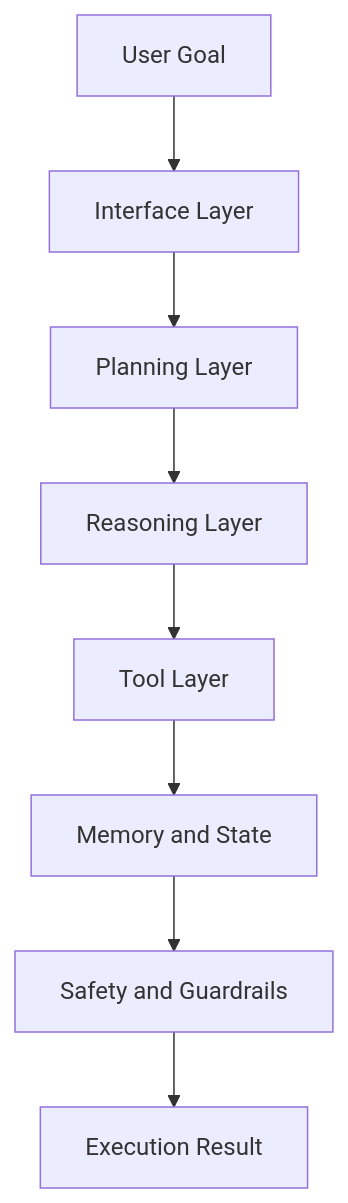
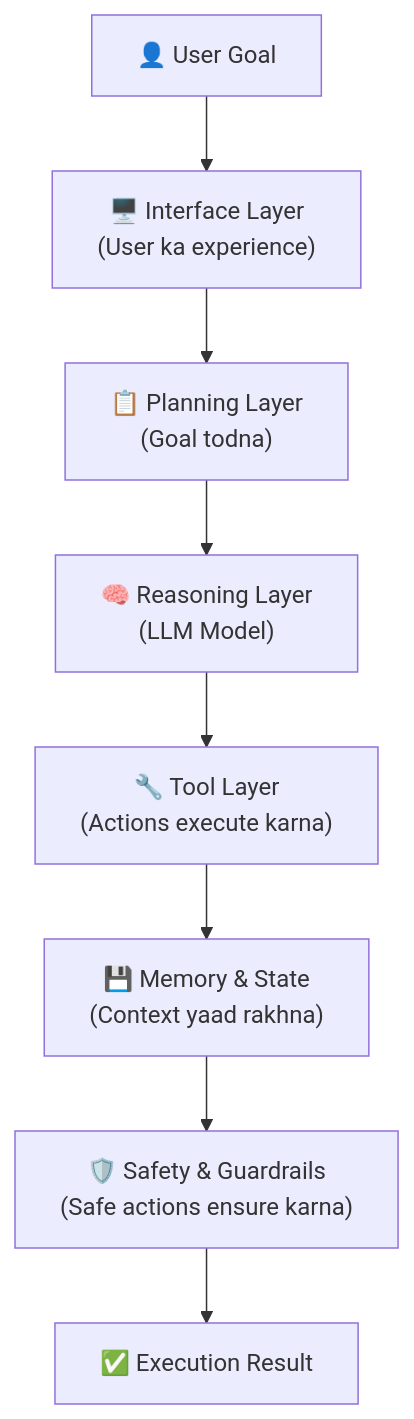
Before and after one commit to Sameer-Malik20/SusaGPT-Build-LLM-From-Scratch-With-Hinglish-Learning-Material: diagram 11 of 15 in docs/ai/Agentic_AI_Guide.md, drawn with Mermaid. The commit also changed other lines of this file and 10 other files, not shown here.

````diff
--- a/docs/ai/Agentic_AI_Guide.md
+++ b/docs/ai/Agentic_AI_Guide.md
@@ -232,11 +268,11 @@
 ```mermaid
 flowchart TD
-    A[User Goal]
-    A --> B[Interface Layer]
-    B --> C[Planning Layer]
-    C --> D[Reasoning Layer]
-    D --> E[Tool Layer]
-    E --> F[Memory and State]
-    F --> G[Safety and Guardrails]
-    G --> H[Execution Result]
+    U["👤 User Goal"]
+    U --> IL["🖥️ Interface Layer\n(User ka experience)"]
+    IL --> PL["📋 Planning Layer\n(Goal todna)"]
+    PL --> RL["🧠 Reasoning Layer\n(LLM Model)"]
+    RL --> TL["🔧 Tool Layer\n(Actions execute karna)"]
+    TL --> ML["💾 Memory & State\n(Context yaad rakhna)"]
+    ML --> SG["🛡️ Safety & Guardrails\n(Safe actions ensure karna)"]
+    SG --> H["✅ Execution Result"]
 ```
````
